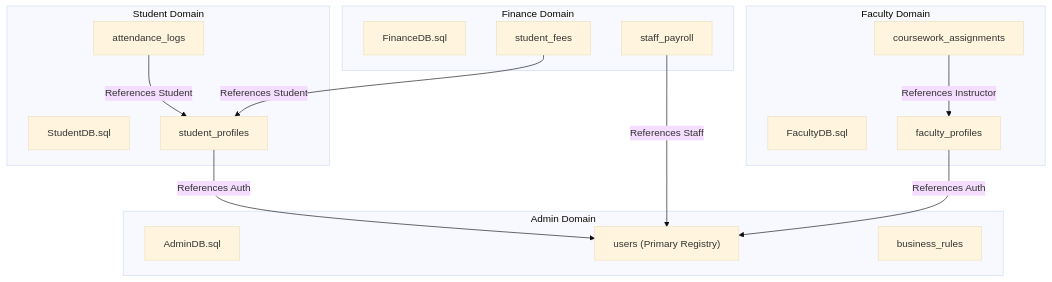
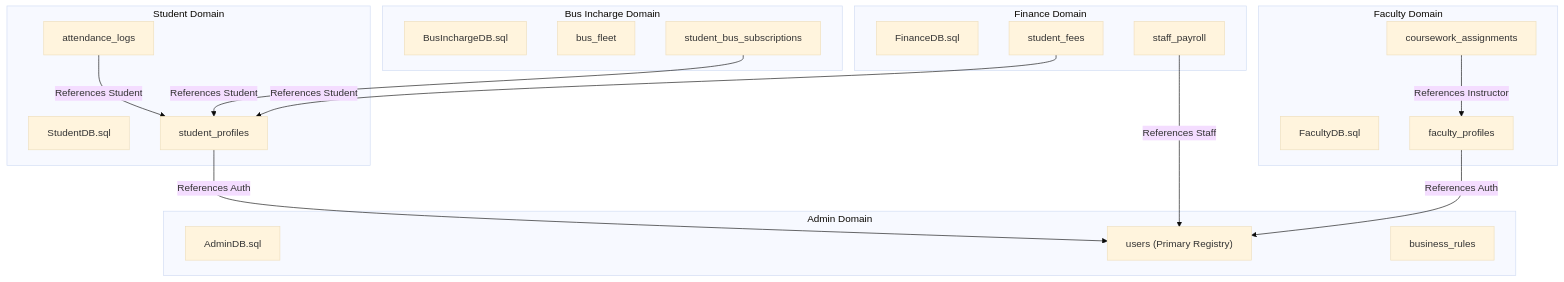
Before and after one commit to srujan07reddy/University_ERP: the third of 3 diagrams in PIPELINE.md, drawn with Mermaid (base theme). The commit also changed other lines of this file and 12 other files, not shown here.

Commit message:
Refactor: Extracted Bus Route tracking from Admin to a dedicated BusIncharge role, created BusInchargeDashboard, sub-tabs, and database schema, and registered the role in RootNavigator and LoginScreen

````diff
--- a/PIPELINE.md
+++ b/PIPELINE.md
@@ -90,34 +91,41 @@
 ```mermaid
 graph TD
     subgraph Admin Domain
         AdminDB["AdminDB.sql"]
         UsersTable["users (Primary Registry)"]
         RulesTable["business_rules"]
     end
 
     subgraph Student Domain
         StudentDB["StudentDB.sql"]
         StudentProfiles["student_profiles"]
         Attendance["attendance_logs"]
     end
 
     subgraph Faculty Domain
         FacultyDB["FacultyDB.sql"]
         FacultyProfiles["faculty_profiles"]
         Assignments["coursework_assignments"]
     end
 
     subgraph Finance Domain
         FinanceDB["FinanceDB.sql"]
         Fees["student_fees"]
         Payroll["staff_payroll"]
     end
 
+    subgraph Bus Incharge Domain
+        BusInchargeDB["BusInchargeDB.sql"]
+        BusFleet["bus_fleet"]
+        Subscriptions["student_bus_subscriptions"]
+    end
+
     %% Mappings
     StudentProfiles -- "References Auth" --> UsersTable
     FacultyProfiles -- "References Auth" --> UsersTable
     Attendance -- "References Student" --> StudentProfiles
     Fees -- "References Student" --> StudentProfiles
     Assignments -- "References Instructor" --> FacultyProfiles
     Payroll -- "References Staff" --> UsersTable
+    Subscriptions -- "References Student" --> StudentProfiles
 ```
````
